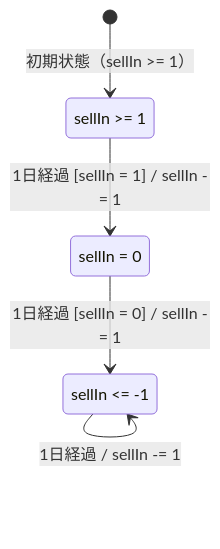
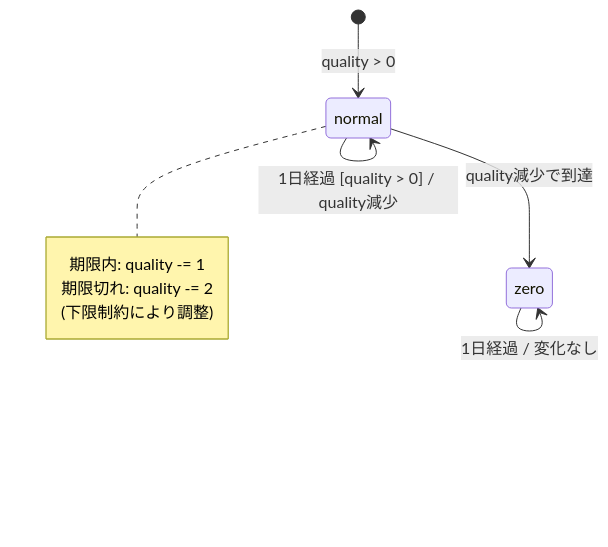
The diagram in docs/analysis/normal-item.md (mayukorin/practice-GildedRose-Refactoring-Kata), drawn with Mermaid before and after one commit. The commit also changed other lines of this file and 2 other files, not shown here.

````diff
--- a/docs/analysis/normal-item.md
+++ b/docs/analysis/normal-item.md
@@ -20,11 +24,13 @@
 ```mermaid
 stateDiagram-v2
-    [*] --> sellIn_ge_1: 初期状態（sellIn >= 1）
-    sellIn_ge_1 --> sellIn_0: 1日経過 [sellIn = 1] / sellIn -= 1
-    sellIn_0 --> sellIn_le_minus1: 1日経過 [sellIn = 0] / sellIn -= 1
-    sellIn_le_minus1 --> sellIn_le_minus1: 1日経過 / sellIn -= 1
+    [*] --> normal: quality > 0
+    normal --> normal: 1日経過 [quality > 0] / quality減少
+    normal --> zero: quality減少で到達
+    zero --> zero: 1日経過 / 変化なし
 
-    sellIn_ge_1: sellIn >= 1
-    sellIn_0: sellIn = 0
-    sellIn_le_minus1: sellIn <= -1
+    note right of normal
+        期限内: quality -= 1
+        期限切れ: quality -= 2
+        (下限制約により調整)
+    end note
 ```
````
